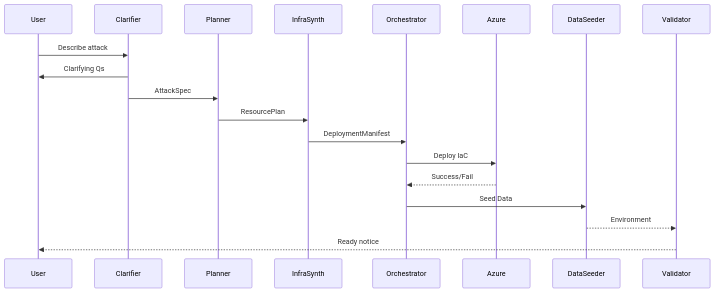
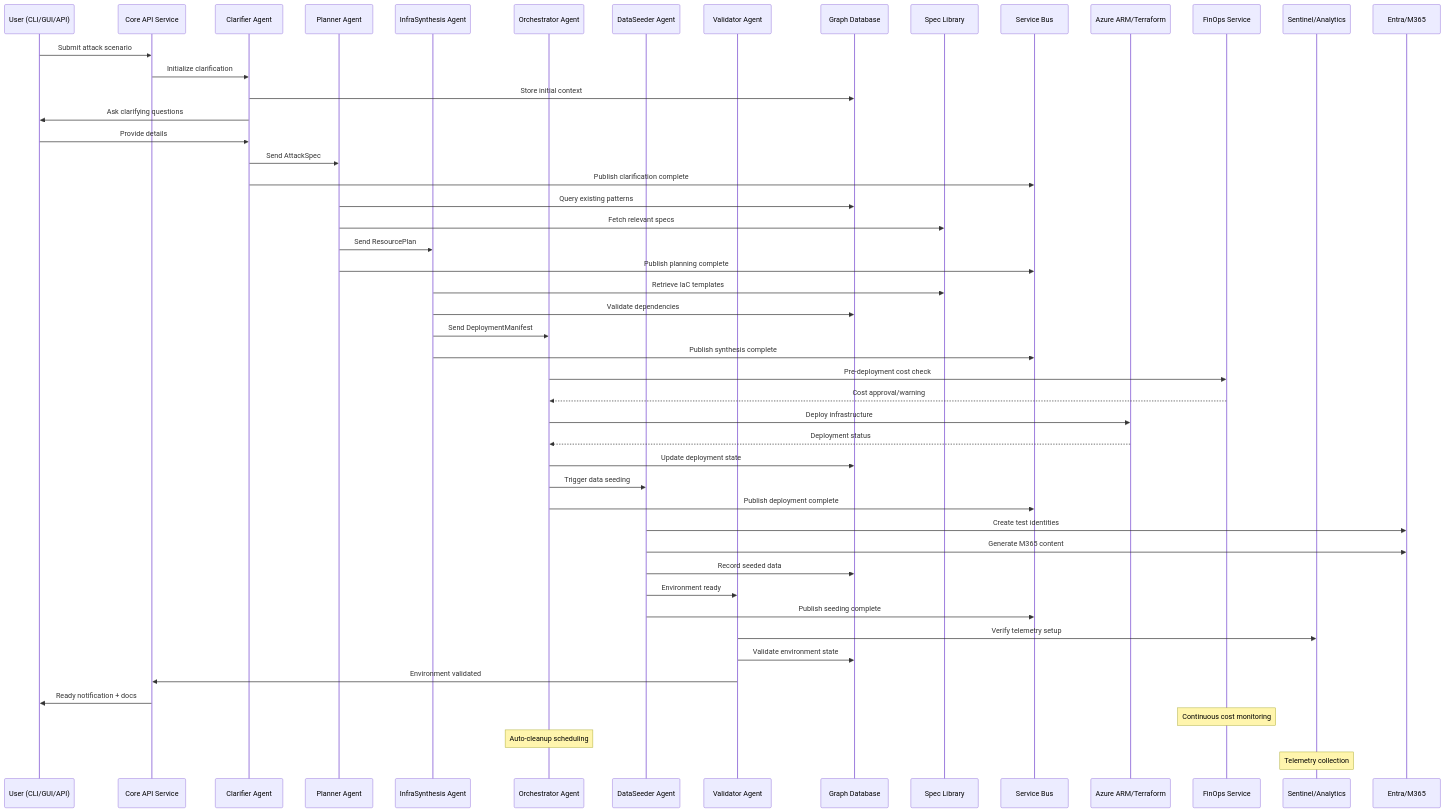
Before and after one commit to rysweet/simbuilder: the second of 3 diagrams in specs/SimBuilderDesign.md, drawn with Mermaid. The commit also changed other lines of this file, not shown here.

````diff
--- a/specs/SimBuilderDesign.md
+++ b/specs/SimBuilderDesign.md
@@ -60,21 +138,68 @@
 ```mermaid
 sequenceDiagram
-  participant U as User
-  participant C as Clarifier
-  participant P as Planner
-  participant I as InfraSynth
-  participant O as Orchestrator
-  participant A as Azure
-  participant S as DataSeeder
-  participant V as Validator
-  U->>C: Describe attack
-  C->>U: Clarifying Qs
-  C->>P: AttackSpec
-  P->>I: ResourcePlan
-  I->>O: DeploymentManifest
-  O->>A: Deploy IaC
-  A-->>O: Success/Fail
-  O->>S: Seed Data
-  S-->>V: Environment
-  V-->>U: Ready notice
+    participant U as User (CLI/GUI/API)
+    participant API as Core API Service
+    participant C as Clarifier Agent
+    participant P as Planner Agent
+    participant I as InfraSynthesis Agent
+    participant O as Orchestrator Agent
+    participant S as DataSeeder Agent
+    participant V as Validator Agent
+    participant DB as Graph Database
+    participant GIT as Spec Library
+    participant BUS as Service Bus
+    participant ARM as Azure ARM/Terraform
+    participant FIN as FinOps Service
+    participant SENT as Sentinel/Analytics
+    participant ENT as Entra/M365
+    
+    %% Initial Request
+    U->>API: Submit attack scenario
+    API->>C: Initialize clarification
+    C->>DB: Store initial context
+    
+    %% Clarification Phase
+    C->>U: Ask clarifying questions
+    U->>C: Provide details
+    C->>P: Send AttackSpec
+    C->>BUS: Publish clarification complete
+    
+    %% Planning Phase
+    P->>DB: Query existing patterns
+    P->>GIT: Fetch relevant specs
+    P->>I: Send ResourcePlan
+    P->>BUS: Publish planning complete
+    
+    %% Infrastructure Synthesis
+    I->>GIT: Retrieve IaC templates
+    I->>DB: Validate dependencies
+    I->>O: Send DeploymentManifest
+    I->>BUS: Publish synthesis complete
+    
+    %% Orchestration & Deployment
+    O->>FIN: Pre-deployment cost check
+    FIN-->>O: Cost approval/warning
+    O->>ARM: Deploy infrastructure
+    ARM-->>O: Deployment status
+    O->>DB: Update deployment state
+    O->>S: Trigger data seeding
+    O->>BUS: Publish deployment complete
+    
+    %% Data Seeding
+    S->>ENT: Create test identities
+    S->>ENT: Generate M365 content
+    S->>DB: Record seeded data
+    S->>V: Environment ready
+    S->>BUS: Publish seeding complete
+    
+    %% Validation & Handoff
+    V->>SENT: Verify telemetry setup
+    V->>DB: Validate environment state
+    V->>API: Environment validated
+    API->>U: Ready notification + docs
+    
+    %% Background Monitoring
+    Note over FIN: Continuous cost monitoring
+    Note over O: Auto-cleanup scheduling
+    Note over SENT: Telemetry collection
 ```
````
